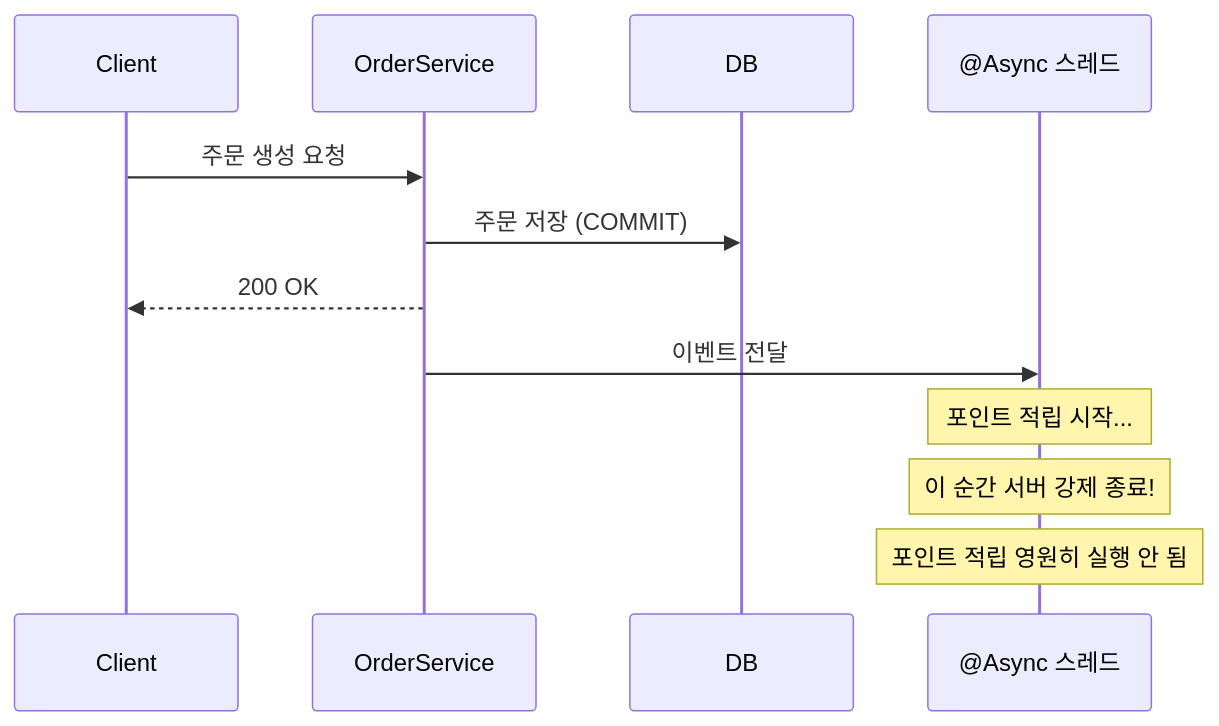
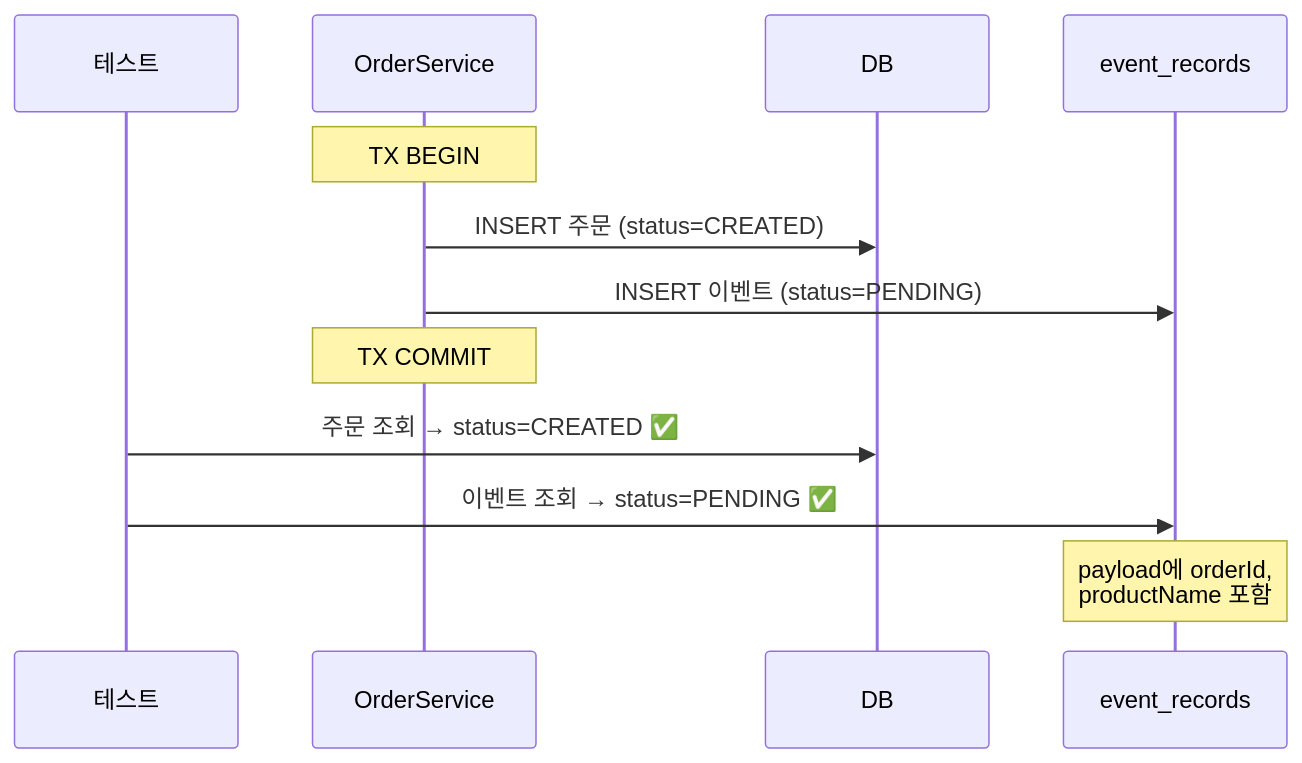
The first of 8 diagrams in src/test/java/com/example/messaging/step3_event_store/README.md (katiekim17/messaging-lab), drawn with Mermaid before and after one commit. The commit also changed other lines of this file and 6 other files, not shown here.

````diff
--- a/src/test/java/com/example/messaging/step3_event_store/README.md
+++ b/src/test/java/com/example/messaging/step3_event_store/README.md
@@ -23,16 +15,16 @@
 ```mermaid
 sequenceDiagram
-    participant Client
-    participant OrderService
-    participant DB
-    participant AsyncThread as @Async 스레드
+    participant Test as 테스트
+    participant OS as OrderService
+    participant DB as DB
+    participant ES as event_records
 
-    Client->>OrderService: 주문 생성 요청
-    OrderService->>DB: 주문 저장 (COMMIT)
-    OrderService-->>Client: 200 OK
-    OrderService->>AsyncThread: 이벤트 전달
+    Note over OS: TX BEGIN
+    OS->>DB: INSERT 주문 (status=CREATED)
+    OS->>ES: INSERT 이벤트 (status=PENDING)
+    Note over OS: TX COMMIT
 
-    Note over AsyncThread: 포인트 적립 시작...
-    Note over AsyncThread: 이 순간 서버 강제 종료!
-    Note over AsyncThread: 포인트 적립 영원히 실행 안 됨
+    Test->>DB: 주문 조회 → status=CREATED ✅
+    Test->>ES: 이벤트 조회 → status=PENDING ✅
+    Note over ES: payload에 orderId,<br/>productName 포함
 ```
````
